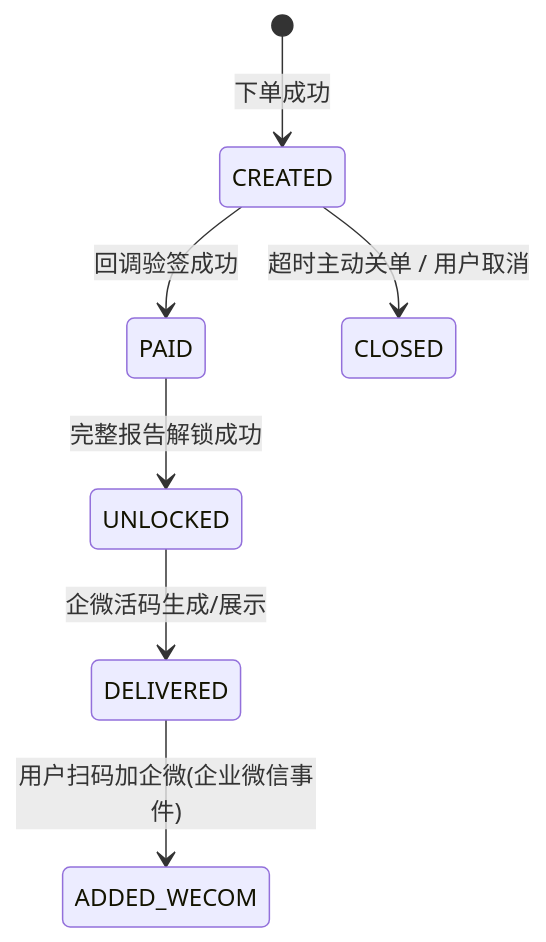
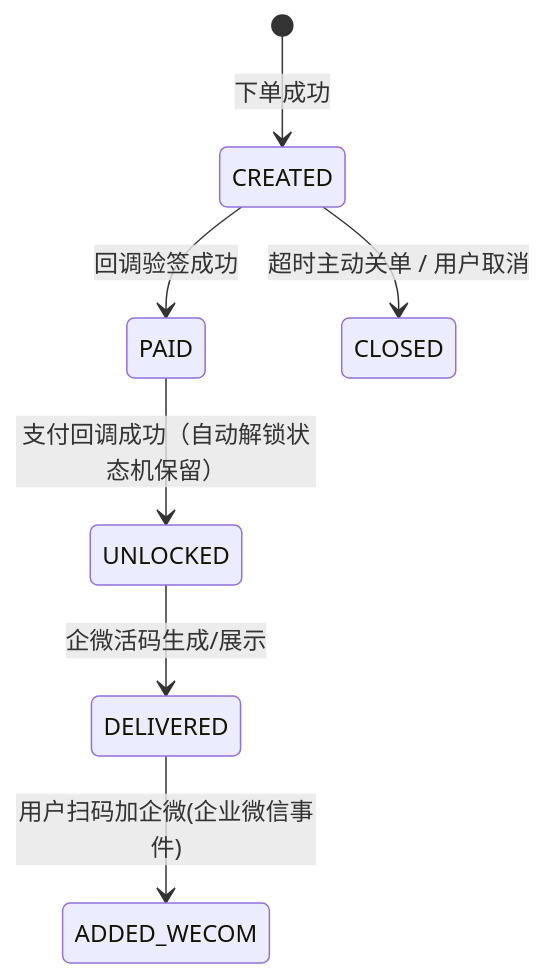
The fourth of 5 diagrams in doc/开发文档.md (LiquorXR/yycs), drawn with Mermaid before and after one commit. The commit also changed other lines of this file and 1 other file, not shown here.

````diff
--- a/doc/开发文档.md
+++ b/doc/开发文档.md
@@ -164,9 +164,9 @@
 ```mermaid
 stateDiagram-v2
     [*] --> CREATED: 下单成功
     CREATED --> PAID: 回调验签成功
     CREATED --> CLOSED: 超时主动关单 / 用户取消
-    PAID --> UNLOCKED: 完整报告解锁成功
+    PAID --> UNLOCKED: 支付回调成功（自动解锁状态机保留）
     UNLOCKED --> DELIVERED: 企微活码生成/展示
     DELIVERED --> ADDED_WECOM: 用户扫码加企微(企业微信事件)
 ```
````
